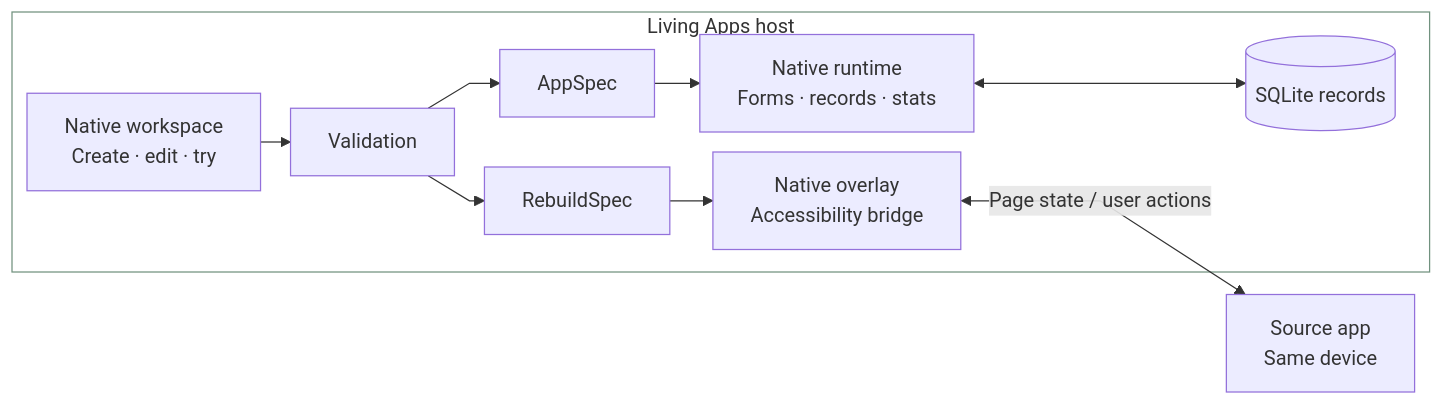
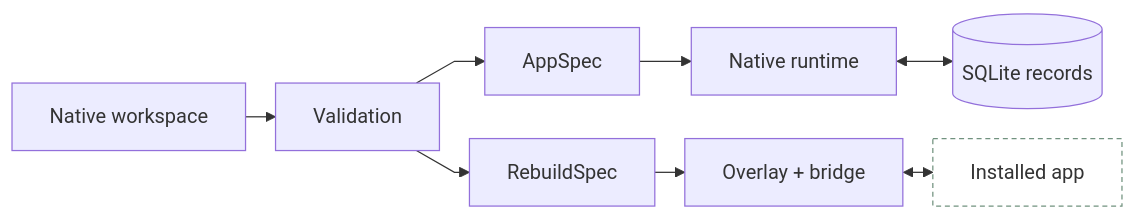
The diagram in README.md (Jayden-Lin97/living-apps), drawn with Mermaid before and after one commit. The commit also changed other lines of this file and 1 other file, not shown here.

Commit message:
Keep architecture labels readable at README width

````diff
--- a/README.md
+++ b/README.md
@@ -63,12 +63,10 @@
 ```mermaid
-%%{init: {"flowchart": {"nodeSpacing": 16, "rankSpacing": 24, "curve": "linear"}}}%%
+%%{init: {"flowchart": {"nodeSpacing": 24, "rankSpacing": 24, "curve": "linear"}}}%%
 flowchart LR
-  subgraph Host["Living Apps host"]
-    UI["Native workspace<br/>Create · edit · try"] --> Check["Validation"]
-    Check --> App["AppSpec"] --> Runtime["Native runtime<br/>Forms · records · stats"]
-    Runtime <--> Data[("SQLite records")]
-    Check --> Rebuild["RebuildSpec"] --> Bridge["Native overlay<br/>Accessibility bridge"]
-  end
-  Bridge <-->|"Page state / user actions"| Source["Source app<br/>Same device"]
-  style Host fill:transparent,stroke:#71927f,stroke-width:1px
+  UI["Native workspace"] --> Check["Validation"]
+  Check --> App["AppSpec"] --> Runtime["Native runtime"]
+  Runtime <--> Data[("SQLite records")]
+  Check --> Rebuild["RebuildSpec"] --> Bridge["Overlay + bridge"]
+  Bridge <--> Source["Installed app"]
+  style Source fill:transparent,stroke:#71927f,stroke-width:1px,stroke-dasharray:4 3
 ```
````
